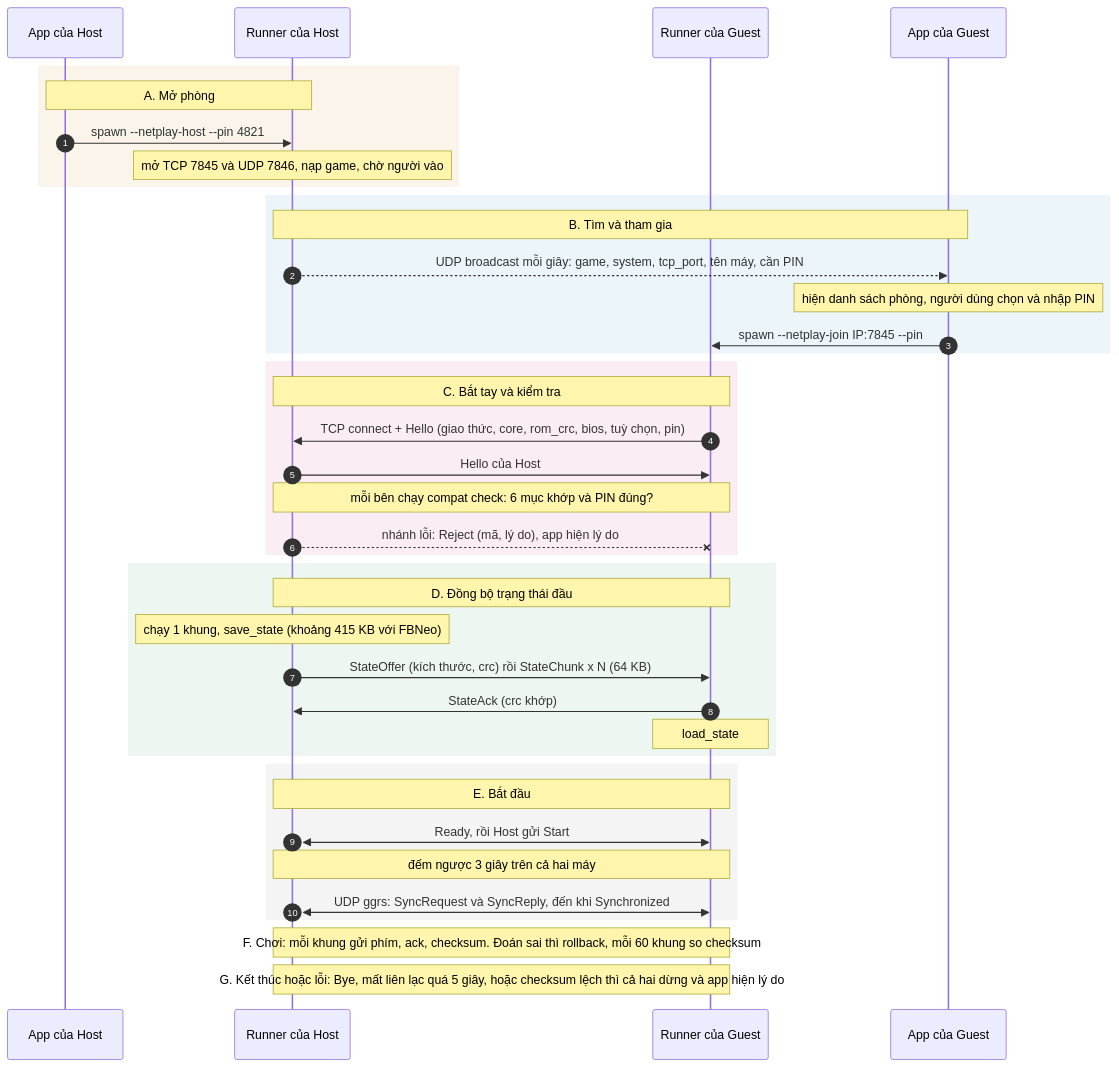
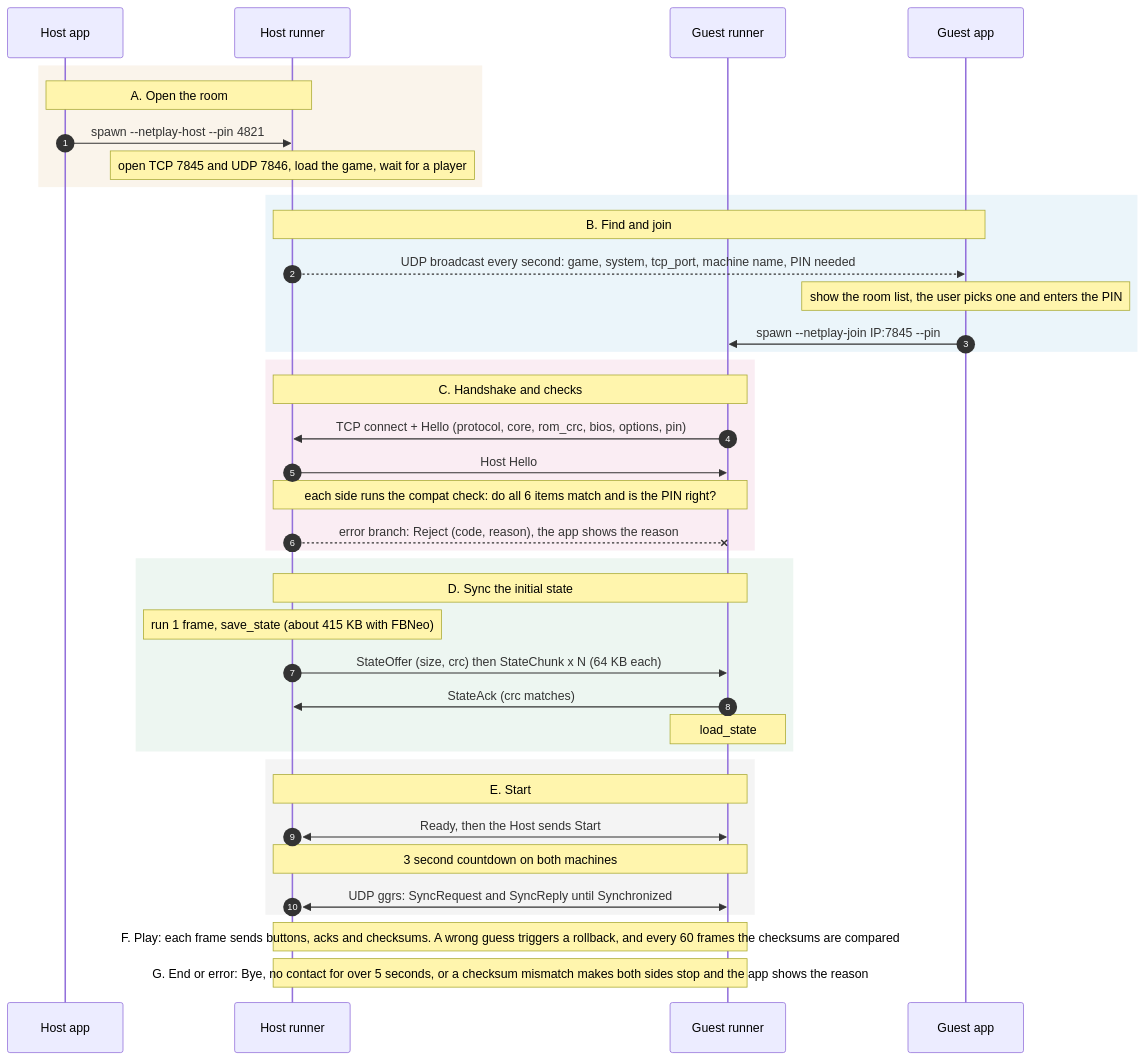
Before and after one commit to vunguyenvu35/vuretro: the third of 9 diagrams in docs/NETPLAY.md, drawn with Mermaid. The commit also changed other lines of this file, not shown here.

````diff
--- a/docs/NETPLAY.md
+++ b/docs/NETPLAY.md
@@ -137,47 +137,47 @@
 ```mermaid
 sequenceDiagram
   autonumber
-  participant HA as App của Host
-  participant HR as Runner của Host
-  participant GR as Runner của Guest
-  participant GA as App của Guest
+  participant HA as Host app
+  participant HR as Host runner
+  participant GR as Guest runner
+  participant GA as Guest app
 
   rect rgb(184,110,0,0.08)
-  Note over HA,HR: A. Mở phòng
+  Note over HA,HR: A. Open the room
   HA->>HR: spawn --netplay-host --pin 4821
-  Note over HR: mở TCP 7845 và UDP 7846, nạp game, chờ người vào
+  Note over HR: open TCP 7845 and UDP 7846, load the game, wait for a player
   end
 
   rect rgb(10,127,191,0.08)
-  Note over HR,GA: B. Tìm và tham gia
-  HR-->>GA: UDP broadcast mỗi giây: game, system, tcp_port, tên máy, cần PIN
-  Note over GA: hiện danh sách phòng, người dùng chọn và nhập PIN
+  Note over HR,GA: B. Find and join
+  HR-->>GA: UDP broadcast every second: game, system, tcp_port, machine name, PIN needed
+  Note over GA: show the room list, the user picks one and enters the PIN
   GA->>GR: spawn --netplay-join IP:7845 --pin
   end
 
   rect rgb(192,36,106,0.08)
-  Note over HR,GR: C. Bắt tay và kiểm tra
-  GR->>HR: TCP connect + Hello (giao thức, core, rom_crc, bios, tuỳ chọn, pin)
-  HR->>GR: Hello của Host
-  Note over HR,GR: mỗi bên chạy compat check: 6 mục khớp và PIN đúng?
-  HR--xGR: nhánh lỗi: Reject (mã, lý do), app hiện lý do
+  Note over HR,GR: C. Handshake and checks
+  GR->>HR: TCP connect + Hello (protocol, core, rom_crc, bios, options, pin)
+  HR->>GR: Host Hello
+  Note over HR,GR: each side runs the compat check: do all 6 items match and is the PIN right?
+  HR--xGR: error branch: Reject (code, reason), the app shows the reason
   end
 
   rect rgb(31,138,82,0.08)
-  Note over HR,GR: D. Đồng bộ trạng thái đầu
-  Note over HR: chạy 1 khung, save_state (khoảng 415 KB với FBNeo)
-  HR->>GR: StateOffer (kích thước, crc) rồi StateChunk x N (64 KB)
-  GR->>HR: StateAck (crc khớp)
+  Note over HR,GR: D. Sync the initial state
+  Note over HR: run 1 frame, save_state (about 415 KB with FBNeo)
+  HR->>GR: StateOffer (size, crc) then StateChunk x N (64 KB each)
+  GR->>HR: StateAck (crc matches)
   Note over GR: load_state
   end
 
   rect rgb(120,120,120,0.08)
-  Note over HR,GR: E. Bắt đầu
-  HR<<->>GR: Ready, rồi Host gửi Start
-  Note over HR,GR: đếm ngược 3 giây trên cả hai máy
-  HR<<->>GR: UDP ggrs: SyncRequest và SyncReply, đến khi Synchronized
+  Note over HR,GR: E. Start
+  HR<<->>GR: Ready, then the Host sends Start
+  Note over HR,GR: 3 second countdown on both machines
+  HR<<->>GR: UDP ggrs: SyncRequest and SyncReply until Synchronized
   end
 
-  Note over HR,GR: F. Chơi: mỗi khung gửi phím, ack, checksum. Đoán sai thì rollback, mỗi 60 khung so checksum
-  Note over HR,GR: G. Kết thúc hoặc lỗi: Bye, mất liên lạc quá 5 giây, hoặc checksum lệch thì cả hai dừng và app hiện lý do
+  Note over HR,GR: F. Play: each frame sends buttons, acks and checksums. A wrong guess triggers a rollback, and every 60 frames the checksums are compared
+  Note over HR,GR: G. End or error: Bye, no contact for over 5 seconds, or a checksum mismatch makes both sides stop and the app shows the reason
 ```
````
